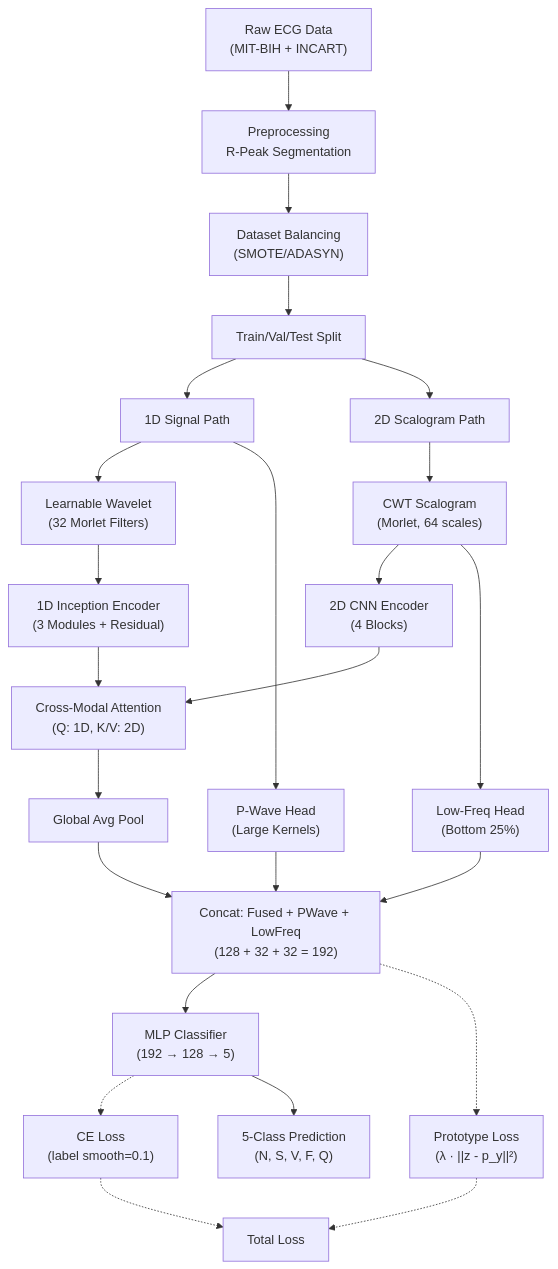
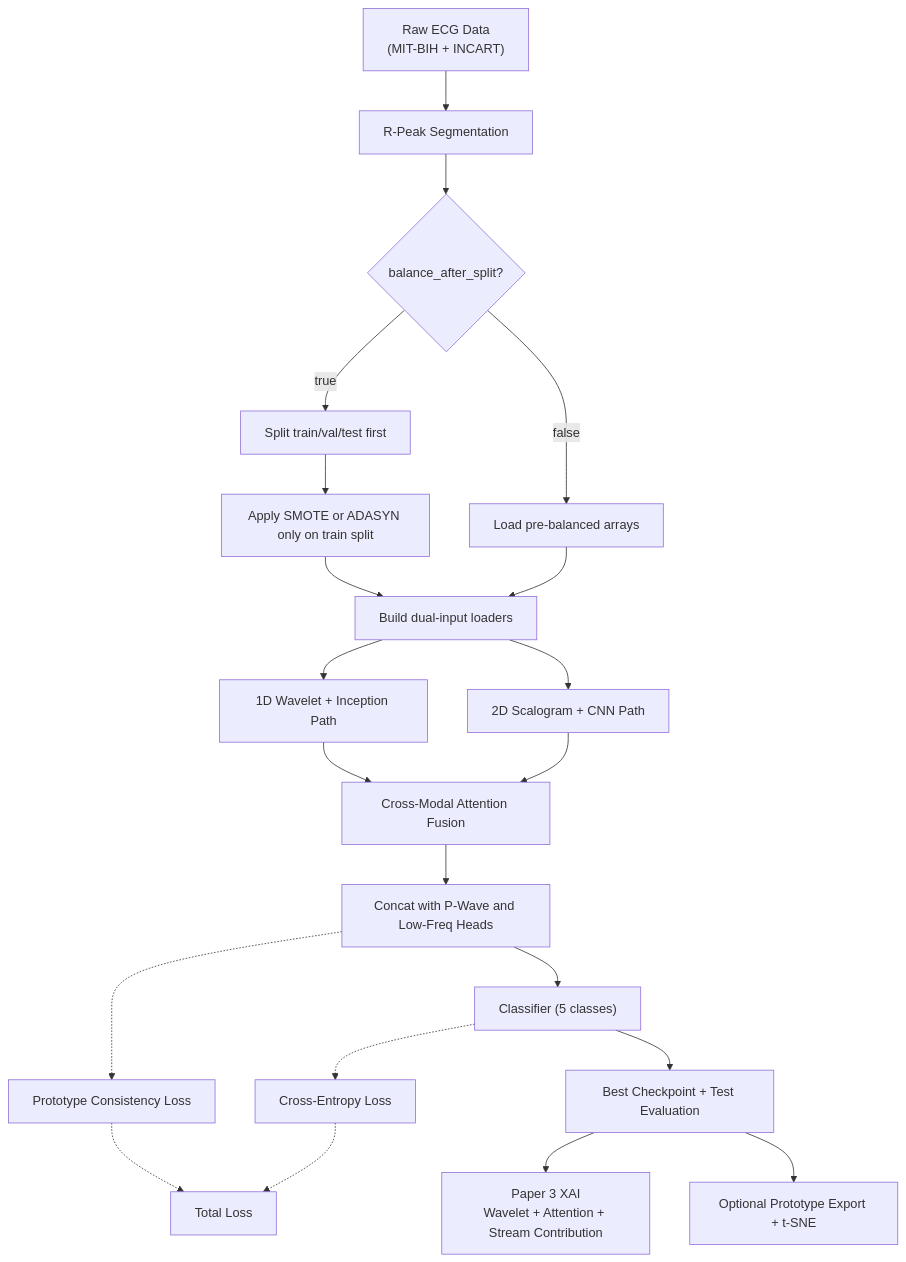
One commit to HardikNegi9/Guide changed the fourth of 4 diagrams in NSHT_PAPER3_STUDY_GUIDE.md. Above: the diagram before and after it, drawn with Mermaid. The commit also changed other lines of this file and 6 other files, not shown here.

````diff
--- a/NSHT_PAPER3_STUDY_GUIDE.md
+++ b/NSHT_PAPER3_STUDY_GUIDE.md
@@ -441,33 +454,24 @@
 ```mermaid
 flowchart TD
-    A["Raw ECG Data<br/>(MIT-BIH + INCART)"] --> B["Preprocessing<br/>R-Peak Segmentation"]
-    B --> C["Dataset Balancing<br/>(SMOTE/ADASYN)"]
-    C --> D["Train/Val/Test Split"]
+    A["Raw ECG Data<br/>(MIT-BIH + INCART)"] --> B["R-Peak Segmentation"]
+    B --> C{"balance_after_split?"}
+    C -->|true| D["Split train/val/test first"]
+    C -->|false| E["Load pre-balanced arrays"]
+    D --> F["Apply SMOTE or ADASYN only on train split"]
+    F --> G["Build dual-input loaders"]
+    E --> G
 
-    D --> E["1D Signal Path"]
-    D --> F["2D Scalogram Path"]
-
-    E --> E1["Learnable Wavelet<br/>(32 Morlet Filters)"]
-    E --> E2["P-Wave Head<br/>(Large Kernels)"]
-    E1 --> E3["1D Inception Encoder<br/>(3 Modules + Residual)"]
-
-    F --> F1["CWT Scalogram<br/>(Morlet, 64 scales)"]
-    F1 --> F2["2D CNN Encoder<br/>(4 Blocks)"]
-    F1 --> F3["Low-Freq Head<br/>(Bottom 25%)"]
-
-    E3 --> G["Cross-Modal Attention<br/>(Q: 1D, K/V: 2D)"]
-    F2 --> G
-
-    G --> H["Global Avg Pool"]
-    H --> I["Concat: Fused + PWave + LowFreq<br/>(128 + 32 + 32 = 192)"]
-    E2 --> I
-    F3 --> I
-
-    I --> J["MLP Classifier<br/>(192 → 128 → 5)"]
-    I -.-> K["Prototype Loss<br/>(λ · ||z - p_y||²)"]
-    J -.-> L["CE Loss<br/>(label smooth=0.1)"]
-    K -.-> M["Total Loss"]
-    L -.-> M
-
-    J --> N["5-Class Prediction<br/>(N, S, V, F, Q)"]
+    G --> H["1D Wavelet + Inception Path"]
+    G --> I["2D Scalogram + CNN Path"]
+    H --> J["Cross-Modal Attention Fusion"]
+    I --> J
+    J --> K["Concat with P-Wave and Low-Freq Heads"]
+    K --> L["Classifier (5 classes)"]
+    K -.-> M["Prototype Consistency Loss"]
+    L -.-> N["Cross-Entropy Loss"]
+    M -.-> O["Total Loss"]
+    N -.-> O
+    L --> P["Best Checkpoint + Test Evaluation"]
+    P --> Q["Paper 3 XAI<br/>Wavelet + Attention + Stream Contribution"]
+    P --> R["Optional Prototype Export + t-SNE"]
 ```
````
